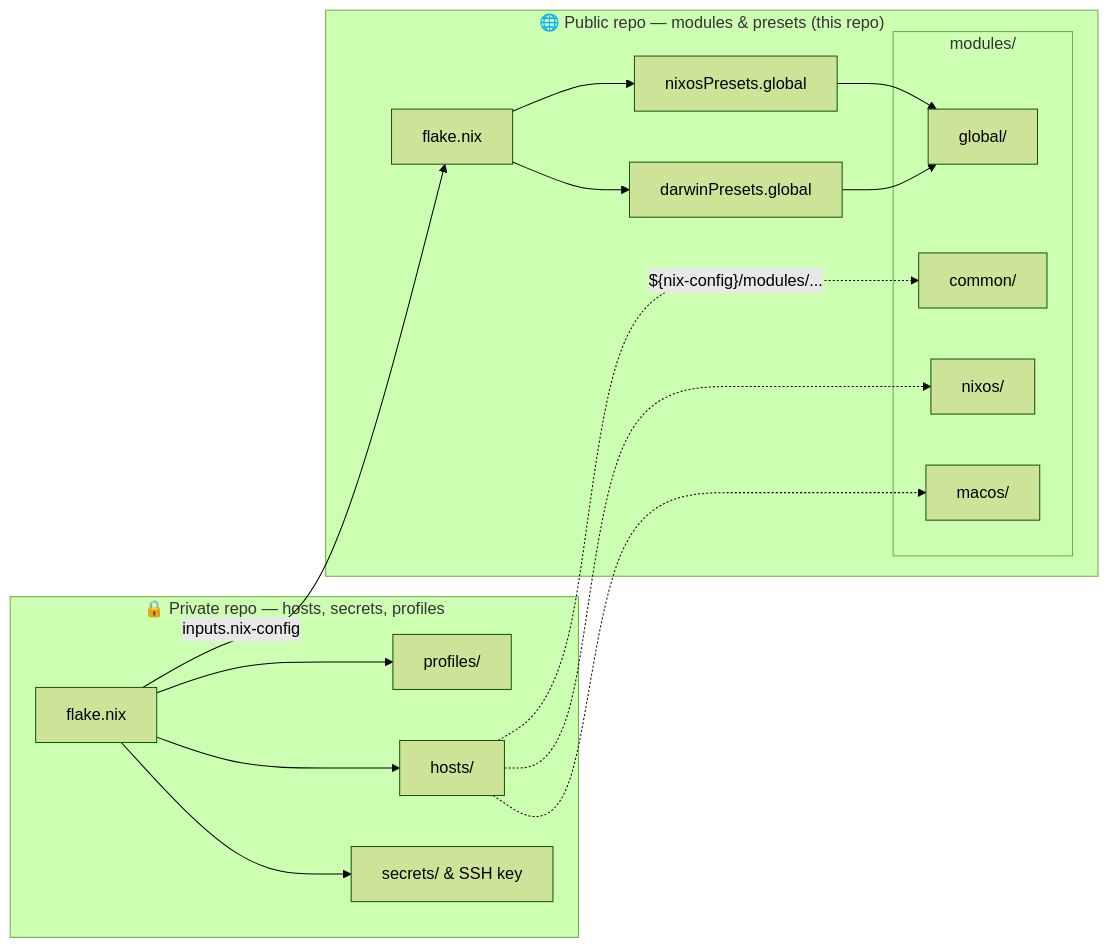
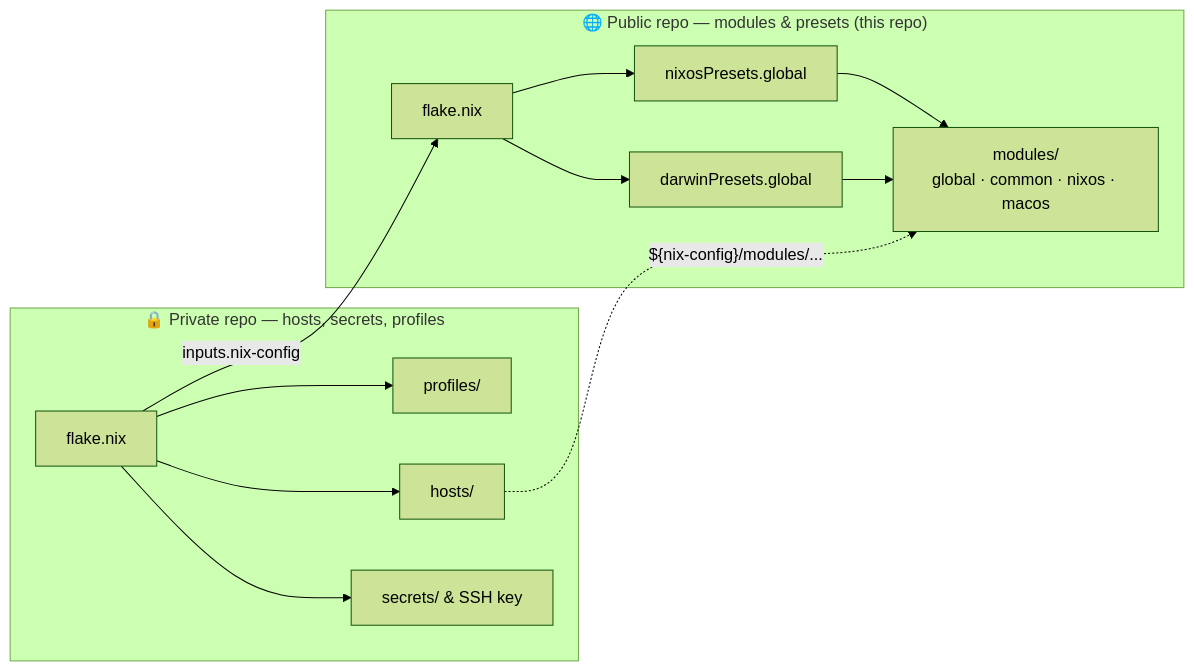
Before and after one commit to computercam/nix-config: the diagram in README.md, drawn with Mermaid (forest theme).

Commit message:
Diagram: simplify modules/ to a single node with subdirectories in label

````diff
--- a/README.md
+++ b/README.md
@@ -9,28 +9,20 @@
 ```mermaid
 flowchart LR
   subgraph Private["🔒 Private repo — hosts, secrets, profiles"]
     PF["flake.nix"] --> P["profiles/"]
     PF --> H["hosts/"]
     PF --> SE["secrets/ & SSH key"]
   end
 
   subgraph Public["🌐 Public repo — modules & presets (this repo)"]
     F["flake.nix"] --> NP["nixosPresets.global"]
     F --> DP["darwinPresets.global"]
 
-    subgraph Mods["modules/"]
-      G["global/"]
-      C["common/"]
-      N["nixos/"]
-      MC["macos/"]
-    end
-
-    NP --> G
-    DP --> G
+    M["modules/<br/>global · common · nixos · macos"]
   end
 
+  NP --> M
+  DP --> M
   PF -->|"inputs.nix-config"| F
-  H -.->|"${nix-config}/modules/..."| C
-  H -.-> N
-  H -.-> MC
+  H -.->|"${nix-config}/modules/..."| M
 ```
````
